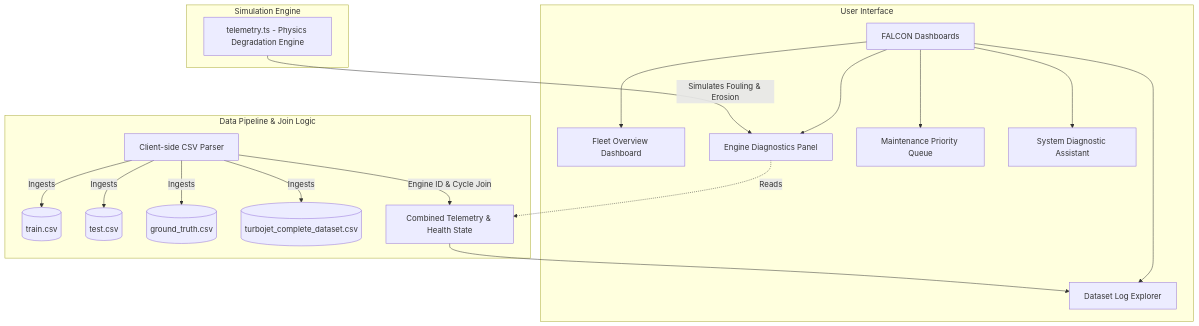
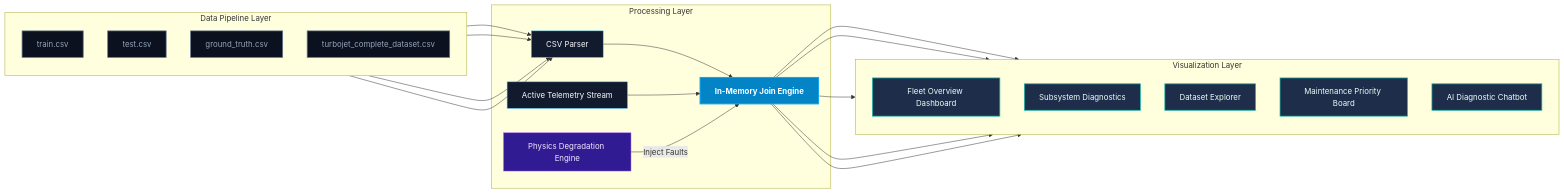
The first of 2 diagrams in README.md (Manasvi-Gangrade/FALCON-Digital-Twin), drawn with Mermaid before and after one commit. The commit also changed other lines of this file, not shown here.

Commit message:
Refined README diagrams with clean custom styles and layouts

````diff
--- a/README.md
+++ b/README.md
@@ -18,40 +18,52 @@
 ```mermaid
-graph TD
-    subgraph User Interface
-        MainUI[FALCON Dashboards]
-        Overview[Fleet Overview Dashboard]
-        Diagnostics[Engine Diagnostics Panel]
-        Explorer[Dataset Log Explorer]
-        Priority[Maintenance Priority Queue]
-        Chatbot[System Diagnostic Assistant]
-        
-        MainUI --> Overview
-        MainUI --> Diagnostics
-        MainUI --> Explorer
-        MainUI --> Priority
-        MainUI --> Chatbot
+flowchart LR
+    %% Style Definitions
+    classDef default fill:#121b2d,stroke:#38bdf8,stroke-width:1px,color:#f8fafc;
+    classDef file fill:#0b111e,stroke:#64748b,stroke-width:1.5px,color:#94a3b8;
+    classDef join fill:#0284c7,stroke:#0ea5e9,stroke-width:2px,color:#ffffff,font-weight:bold;
+    classDef ui fill:#1e2d4a,stroke:#14b8a6,stroke-width:1.5px,color:#f0fdfa;
+    classDef sim fill:#311b92,stroke:#a855f7,stroke-width:1px,color:#f3e8ff;
+
+    %% Data Sources
+    subgraph Sources [Data Pipeline Layer]
+        direction TB
+        CSV_Train[train.csv]:::file
+        CSV_Test[test.csv]:::file
+        CSV_GT[ground_truth.csv]:::file
+        CSV_Comp[turbojet_complete_dataset.csv]:::file
     end
 
-    subgraph Data Pipeline & Join Logic
-        CSV_Parser[Client-side CSV Parser]
-        Train_Set[(train.csv)]
-        Test_Set[(test.csv)]
-        GT_Labels[(ground_truth.csv)]
-        Complete_Set[(turbojet_complete_dataset.csv)]
-
-        CSV_Parser -->|Ingests| Train_Set
-        CSV_Parser -->|Ingests| Test_Set
-        CSV_Parser -->|Ingests| GT_Labels
-        CSV_Parser -->|Ingests| Complete_Set
+    %% Processing
+    subgraph Engine [Processing Layer]
+        Parser[CSV Parser]
+        Joiner[In-Memory Join Engine]:::join
+        Active[Active Telemetry Stream]
+        PhysicsSim[Physics Degradation Engine]:::sim
         
-        CSV_Parser -->|Engine ID & Cycle Join| ActiveData[Combined Telemetry & Health State]
+        Parser --> Joiner
+        Active --> Joiner
+        PhysicsSim -->|Inject Faults| Joiner
     end
 
-    subgraph Simulation Engine
-        PhysicsSim[telemetry.ts - Physics Degradation Engine]
-        PhysicsSim -->|Simulates Fouling & Erosion| Diagnostics
+    %% Visualizers
+    subgraph UI [Visualization Layer]
+        direction TB
+        Overview[Fleet Overview Dashboard]:::ui
+        Diagnostics[Subsystem Diagnostics]:::ui
+        Explorer[Dataset Explorer]:::ui
+        Priority[Maintenance Priority Board]:::ui
+        Assistant[AI Diagnostic Chatbot]:::ui
     end
 
-    ActiveData --> Explorer
-    Diagnostics -.->|Reads| ActiveData
+    %% Connections
+    CSV_Train --> Parser
+    CSV_Test --> Parser
+    CSV_GT --> Parser
+    CSV_Comp --> Parser
+
+    Joiner --> Overview
+    Joiner --> Diagnostics
+    Joiner --> Explorer
+    Joiner --> Priority
+    Joiner --> Assistant
 ```
````
